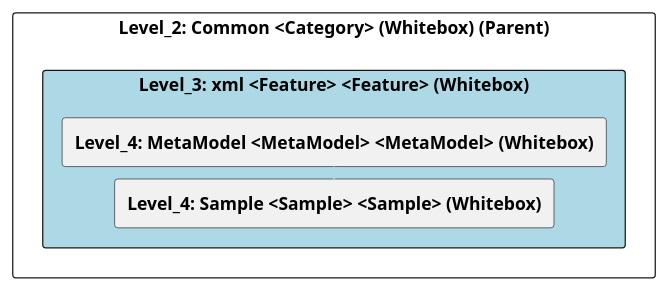
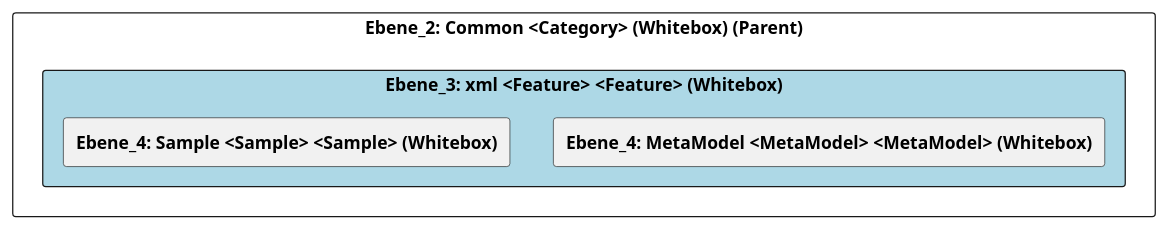
One commit to marcozwyssig/cleon changed the diagram in doc/cleonproject_deliverables_architecture_model_architecture/adoc/de/05_bausteinsicht/cleon/common/xml/ebene_3_xml.adoc. Above: the diagram before and after it, drawn with PlantUML. The commit also changed other lines of this file and 150 other files, not shown here.

```diff
--- a/doc/cleonproject_deliverables_architecture_model_architecture/adoc/de/05_bausteinsicht/cleon/common/xml/ebene_3_xml.adoc
+++ b/doc/cleonproject_deliverables_architecture_model_architecture/adoc/de/05_bausteinsicht/cleon/common/xml/ebene_3_xml.adoc
@@ -20,28 +20,25 @@
-[plantuml, Level_3: xml <Feature> <Feature> (Whitebox)BlockOverview, format="svg"]
+[plantuml, Ebene_3: xml <Feature> <Feature> (Whitebox)BlockOverview, format="svg"]
 ----
-@startuml Level_3: xml <Feature> <Feature> (Whitebox)BuildingBlockOverview
+@startuml Ebene_3: xml <Feature> <Feature> (Whitebox)BuildingBlockOverview
 
 skinparam ranksep 10
 skinparam componentStyle rectangle
 skinparam shadowing false
 skinparam arrowColor lightblue
 skinparam arrowThickness 1.2
 skinparam rectangle {
   BackgroundColor White
   BorderColor #333
   RoundCorner 10
 }
 top to bottom direction
 
-component "Level_2: Common <Category> (Whitebox) (Parent)" {
-    component "Level_3: xml <Feature> <Feature> (Whitebox)" #lightblue {
-        [**Level_4: MetaModel <MetaModel> <MetaModel> (Whitebox)**] as 4A570574_D579_11EE_903E_9F564E4DE07E
-        [**Level_4: Sample <Sample> <Sample> (Whitebox)**] as 4A56DE3A_D579_11EE_903E_9F564E4DE07E
+component "Ebene_2: Common <Category> (Whitebox) (Parent)" {
+    component "Ebene_3: xml <Feature> <Feature> (Whitebox)" #lightblue {
+        [**Ebene_4: MetaModel <MetaModel> <MetaModel> (Whitebox)**] as 4A570574_D579_11EE_903E_9F564E4DE07E
+        [**Ebene_4: Sample <Sample> <Sample> (Whitebox)**] as 4A56DE3A_D579_11EE_903E_9F564E4DE07E
     }
-
-    4A570574_D579_11EE_903E_9F564E4DE07E -down-> 4A56DE3A_D579_11EE_903E_9F564E4DE07E
-    
 }
 
 @enduml
 ----
```
